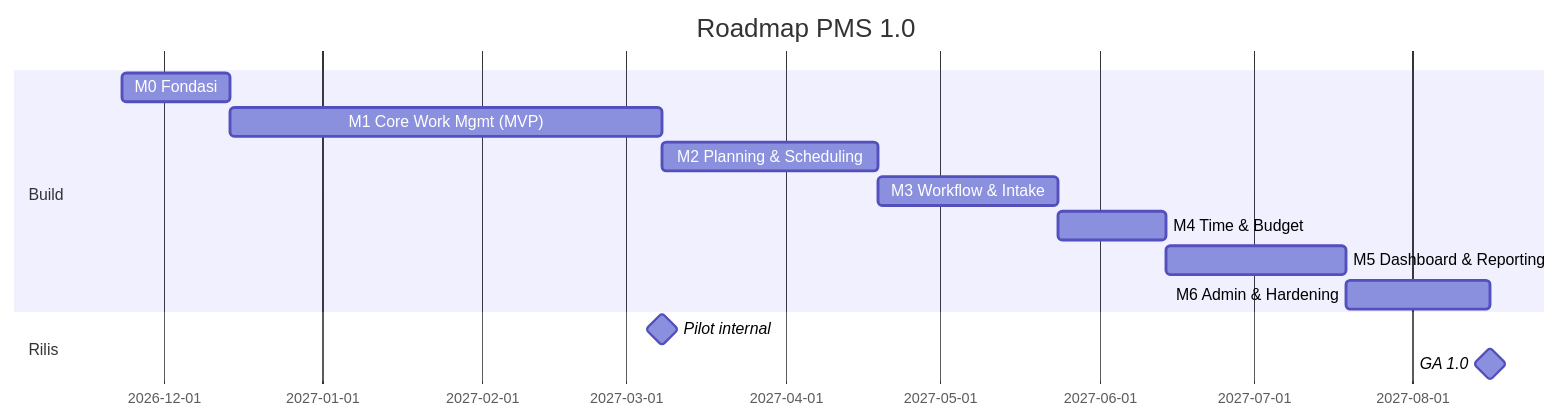
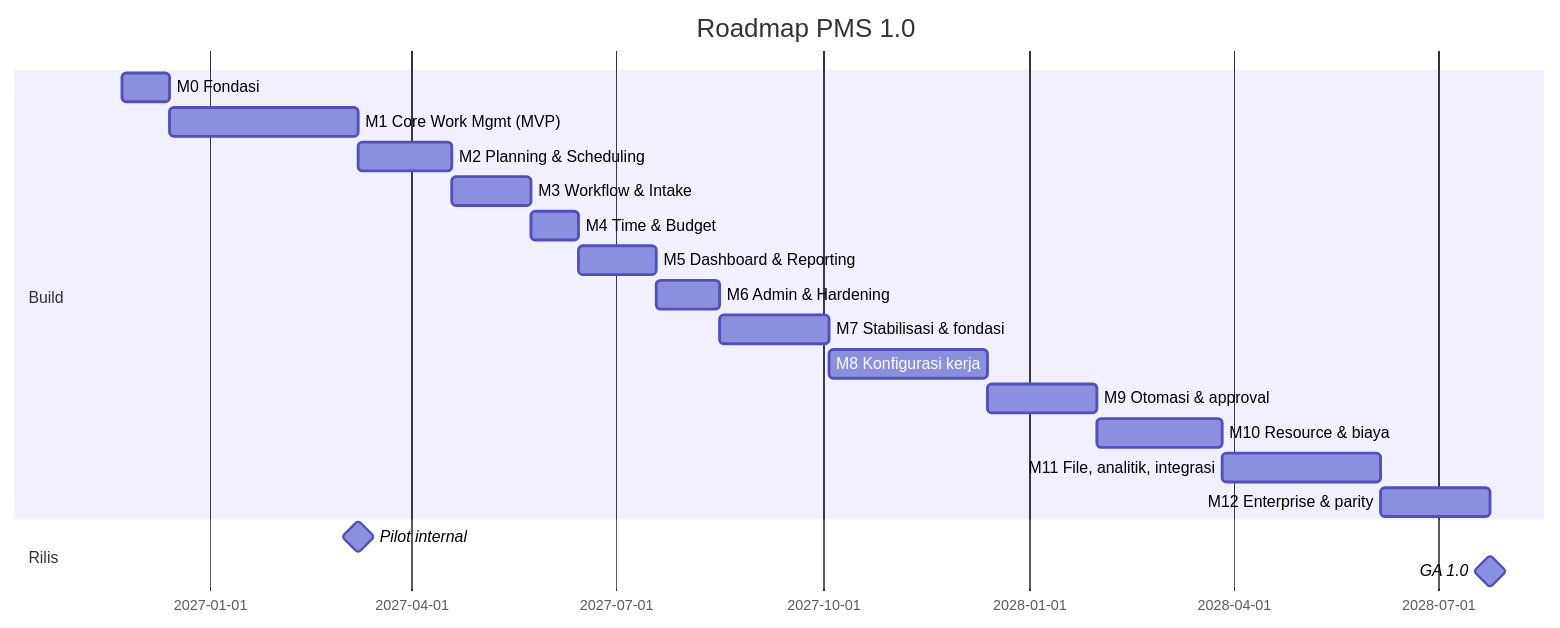
Before and after one commit to anissaefuddin/pms: the second of 2 diagrams in docs/PRD.md, drawn with Mermaid. The commit also changed other lines of this file and 26 other files, not shown here.

````diff
--- a/docs/PRD.md
+++ b/docs/PRD.md
@@ -330,16 +382,22 @@
 ```mermaid
 gantt
     title Roadmap PMS 1.0
     dateFormat YYYY-MM-DD
     section Build
     M0 Fondasi                 :m0, 2026-11-23, 3w
     M1 Core Work Mgmt (MVP)    :m1, after m0, 12w
     M2 Planning & Scheduling   :m2, after m1, 6w
     M3 Workflow & Intake       :m3, after m2, 5w
     M4 Time & Budget           :m4, after m3, 3w
     M5 Dashboard & Reporting   :m5, after m4, 5w
     M6 Admin & Hardening       :m6, after m5, 4w
+    M7 Stabilisasi & fondasi   :m7, after m6, 7w
+    M8 Konfigurasi kerja       :m8, after m7, 10w
+    M9 Otomasi & approval      :m9, after m8, 7w
+    M10 Resource & biaya       :m10, after m9, 8w
+    M11 File, analitik, integrasi :m11, after m10, 10w
+    M12 Enterprise & parity    :m12, after m11, 7w
     section Rilis
     Pilot internal             :milestone, after m1, 0d
-    GA 1.0                     :milestone, after m6, 0d
+    GA 1.0                     :milestone, after m12, 0d
 ```
````
